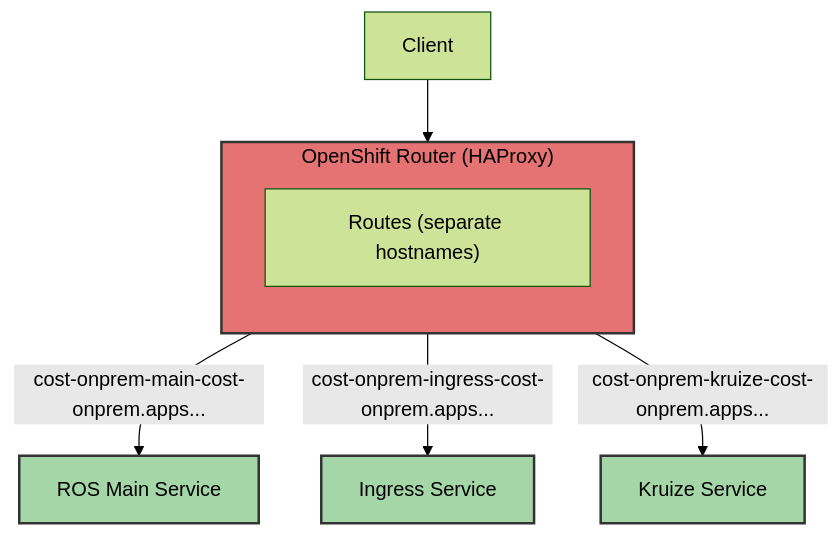
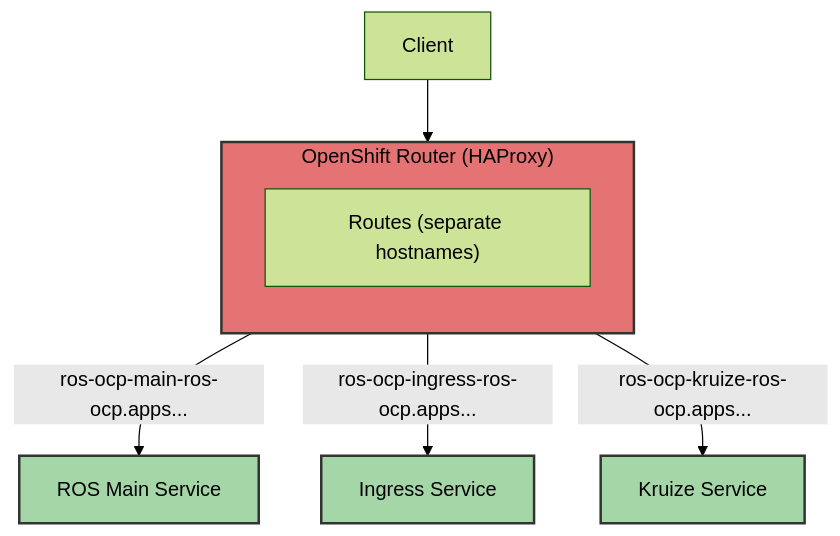
The second of 2 diagrams in docs/platform-guide.md (jordigilh/ros-helm-chart), drawn with Mermaid (forest theme) before and after one commit. The commit also changed other lines of this file and 332 other files, not shown here.

````diff
--- a/docs/platform-guide.md
+++ b/docs/platform-guide.md
@@ -205,18 +205,18 @@
 ```mermaid
 graph TB
     Client["Client"] --> Router
 
     subgraph Router["OpenShift Router (HAProxy)"]
         direction TB
         Routes["Routes (separate hostnames)"]
     end
 
-    Routes -->|"cost-onprem-main-cost-onprem.apps..."| Main["ROS Main Service"]
-    Routes -->|"cost-onprem-ingress-cost-onprem.apps..."| Ingress["Ingress Service"]
-    Routes -->|"cost-onprem-kruize-cost-onprem.apps..."| Kruize["Kruize Service"]
+    Routes -->|"ros-ocp-main-ros-ocp.apps..."| Main["ROS Main Service"]
+    Routes -->|"ros-ocp-ingress-ros-ocp.apps..."| Ingress["Ingress Service"]
+    Routes -->|"ros-ocp-kruize-ros-ocp.apps..."| Kruize["Kruize Service"]
 
     style Router fill:#e57373,stroke:#333,stroke-width:2px,color:#000
     style Main fill:#a5d6a7,stroke:#333,stroke-width:2px,color:#000
     style Ingress fill:#a5d6a7,stroke:#333,stroke-width:2px,color:#000
     style Kruize fill:#a5d6a7,stroke:#333,stroke-width:2px,color:#000
 ```
````
